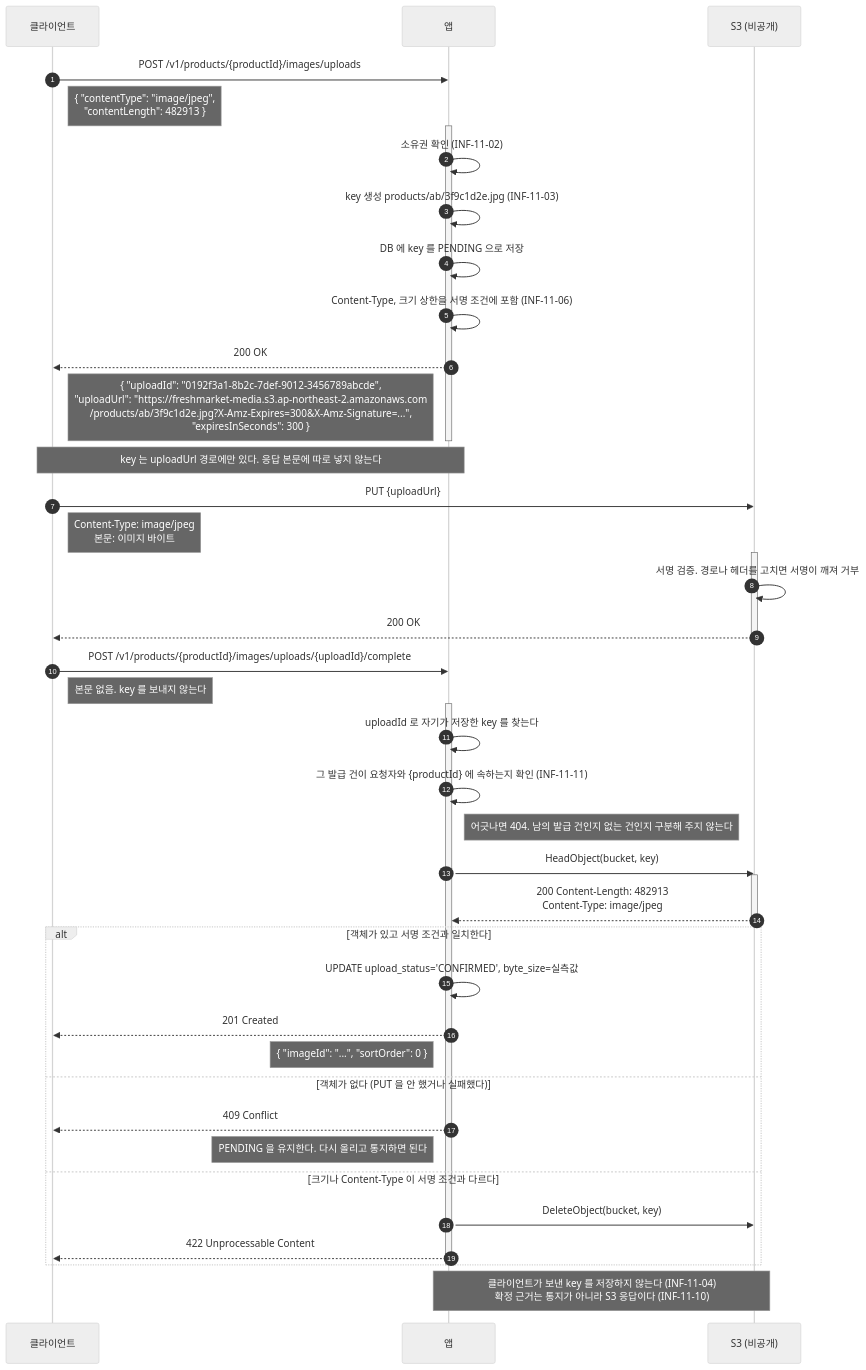
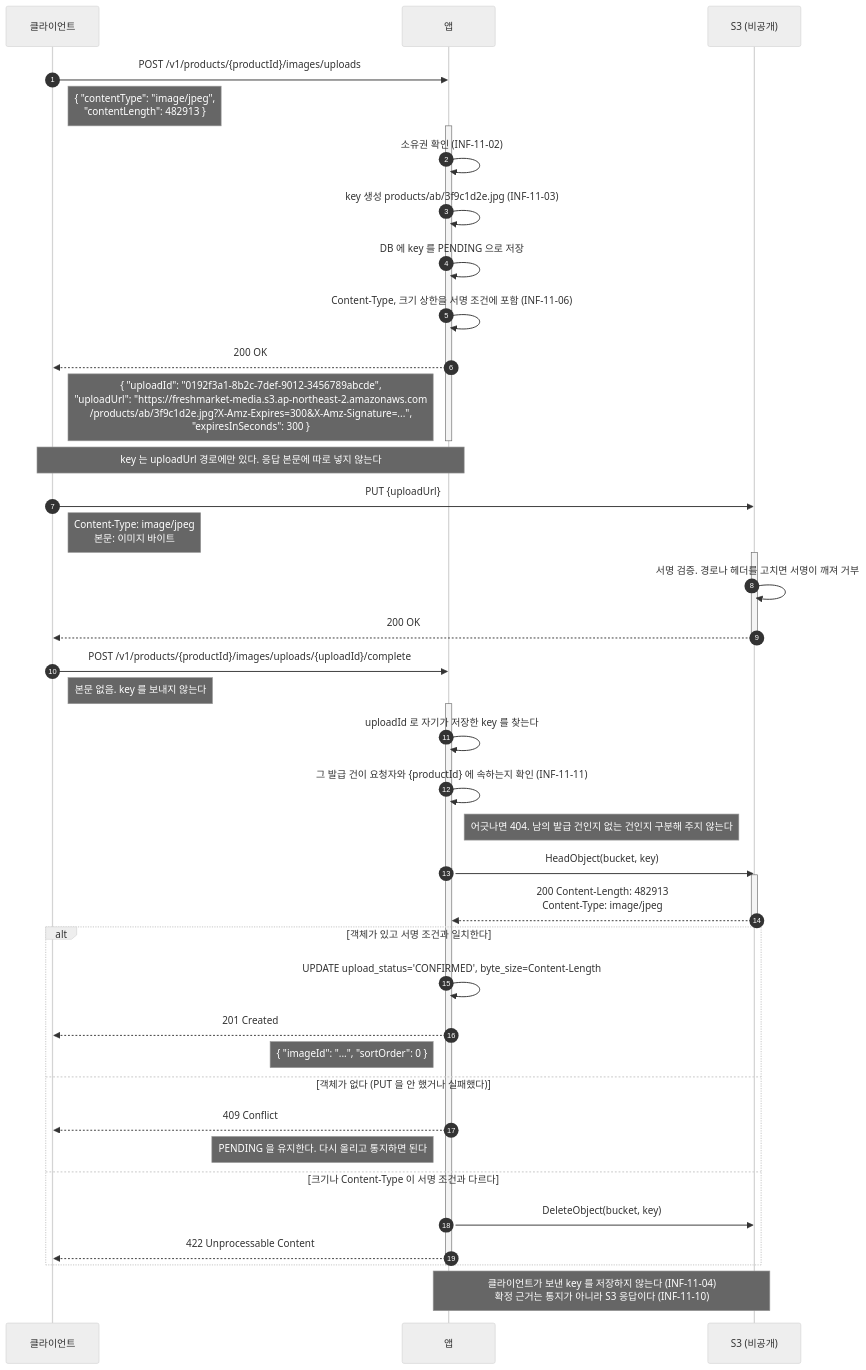
The fourth of 6 diagrams in docs/system-design/백엔드공통_이미지저장소_설계.md (LGU-2/infra), drawn with Mermaid (neutral theme) before and after one commit. The commit also changed other lines of this file, not shown here.

Commit message:
[Docs] byte_size 가 무엇이고 신고값을 저장하지 않는 이유 설명

````diff
--- a/docs/system-design/백엔드공통_이미지저장소_설계.md
+++ b/docs/system-design/백엔드공통_이미지저장소_설계.md
@@ -294,55 +294,55 @@
 ```mermaid
 sequenceDiagram
     autonumber
     participant C as 클라이언트
     participant A as 앱
     participant S as S3 (비공개)
 
     C->>A: POST /v1/products/{productId}/images/uploads
     Note right of C: { "contentType": "image/jpeg",<br/>"contentLength": 482913 }
 
     activate A
     A->>A: 소유권 확인 (INF-11-02)
     A->>A: key 생성 products/ab/3f9c1d2e.jpg (INF-11-03)
     A->>A: DB 에 key 를 PENDING 으로 저장
     A->>A: Content-Type, 크기 상한을 서명 조건에 포함 (INF-11-06)
     A-->>C: 200 OK
     Note left of A: { "uploadId": "0192f3a1-8b2c-7def-9012-3456789abcde",<br/>"uploadUrl": "https://freshmarket-media.s3.ap-northeast-2.amazonaws.com<br/>/products/ab/3f9c1d2e.jpg?X-Amz-Expires=300&X-Amz-Signature=...",<br/>"expiresInSeconds": 300 }
     deactivate A
 
     Note over C,A: key 는 uploadUrl 경로에만 있다. 응답 본문에 따로 넣지 않는다
 
     C->>S: PUT {uploadUrl}
     Note right of C: Content-Type: image/jpeg<br/>본문: 이미지 바이트
     activate S
     S->>S: 서명 검증. 경로나 헤더를 고치면 서명이 깨져 거부
     S-->>C: 200 OK
     deactivate S
 
     C->>A: POST /v1/products/{productId}/images/uploads/{uploadId}/complete
     Note right of C: 본문 없음. key 를 보내지 않는다
     activate A
     A->>A: uploadId 로 자기가 저장한 key 를 찾는다
     A->>A: 그 발급 건이 요청자와 {productId} 에 속하는지 확인 (INF-11-11)
     Note right of A: 어긋나면 404. 남의 발급 건인지 없는 건인지 구분해 주지 않는다
 
     A->>S: HeadObject(bucket, key)
     activate S
     S-->>A: 200 Content-Length: 482913<br/>Content-Type: image/jpeg
     deactivate S
 
     alt 객체가 있고 서명 조건과 일치한다
-        A->>A: UPDATE upload_status='CONFIRMED', byte_size=실측값
+        A->>A: UPDATE upload_status='CONFIRMED', byte_size=Content-Length
         A-->>C: 201 Created
         Note left of A: { "imageId": "...", "sortOrder": 0 }
     else 객체가 없다 (PUT 을 안 했거나 실패했다)
         A-->>C: 409 Conflict
         Note left of A: PENDING 을 유지한다. 다시 올리고 통지하면 된다
     else 크기나 Content-Type 이 서명 조건과 다르다
         A->>S: DeleteObject(bucket, key)
         A-->>C: 422 Unprocessable Content
     end
     deactivate A
 
     Note over A,S: 클라이언트가 보낸 key 를 저장하지 않는다 (INF-11-04)<br/>확정 근거는 통지가 아니라 S3 응답이다 (INF-11-10)
 ```
````
